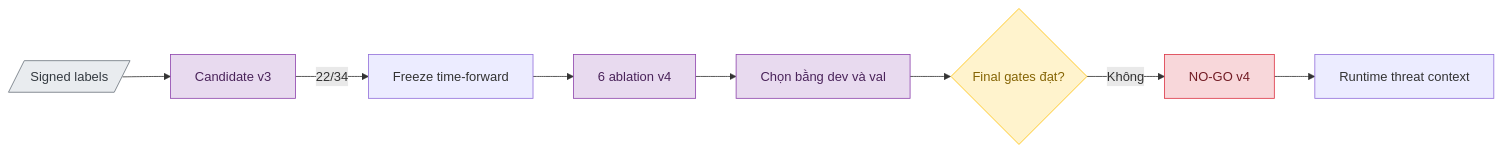
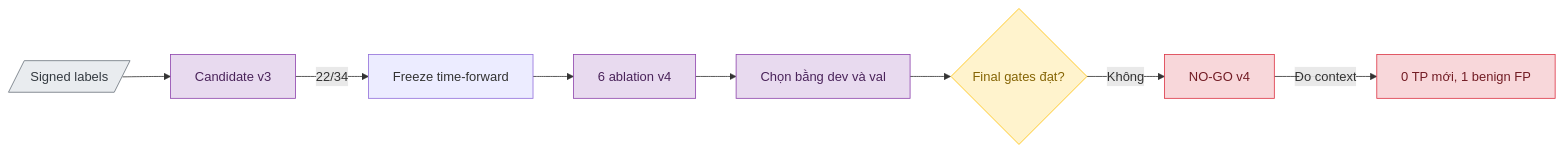
One commit to vmcchooky/safe-zone changed the diagram in docs/research/ml/representative-false-negative-analysis.md. Above: the diagram before and after it, drawn with Mermaid. The commit also changed other lines of this file and 9 other files, not shown here.

Commit message:
feat(analysis): add threat context evaluation

````diff
--- a/docs/research/ml/representative-false-negative-analysis.md
+++ b/docs/research/ml/representative-false-negative-analysis.md
@@ -12,19 +12,19 @@
 ```mermaid
 flowchart LR
     A[/Signed labels/] --> B[Candidate v3]
     B -->|22/34| C[Freeze time-forward]
     C --> D[6 ablation v4]
     D --> E[Chọn bằng dev và val]
     E --> F{Final gates đạt?}
     F -->|Không| G[NO-GO v4]
-    G --> H[Runtime threat context]
+    G -->|Đo context| H[0 TP mới, 1 benign FP]
 
     classDef input fill:#E9ECEF,stroke:#6C757D,color:#343A40
     classDef ai fill:#E8DAEF,stroke:#8E44AD,color:#4A235A
     classDef decision fill:#FFF3CD,stroke:#FFC107,color:#856404
     classDef blocked fill:#F8D7DA,stroke:#DC3545,color:#721C24
     class A input
     class B,D,E ai
     class F decision
-    class G blocked
+    class G,H blocked
 ```
````
